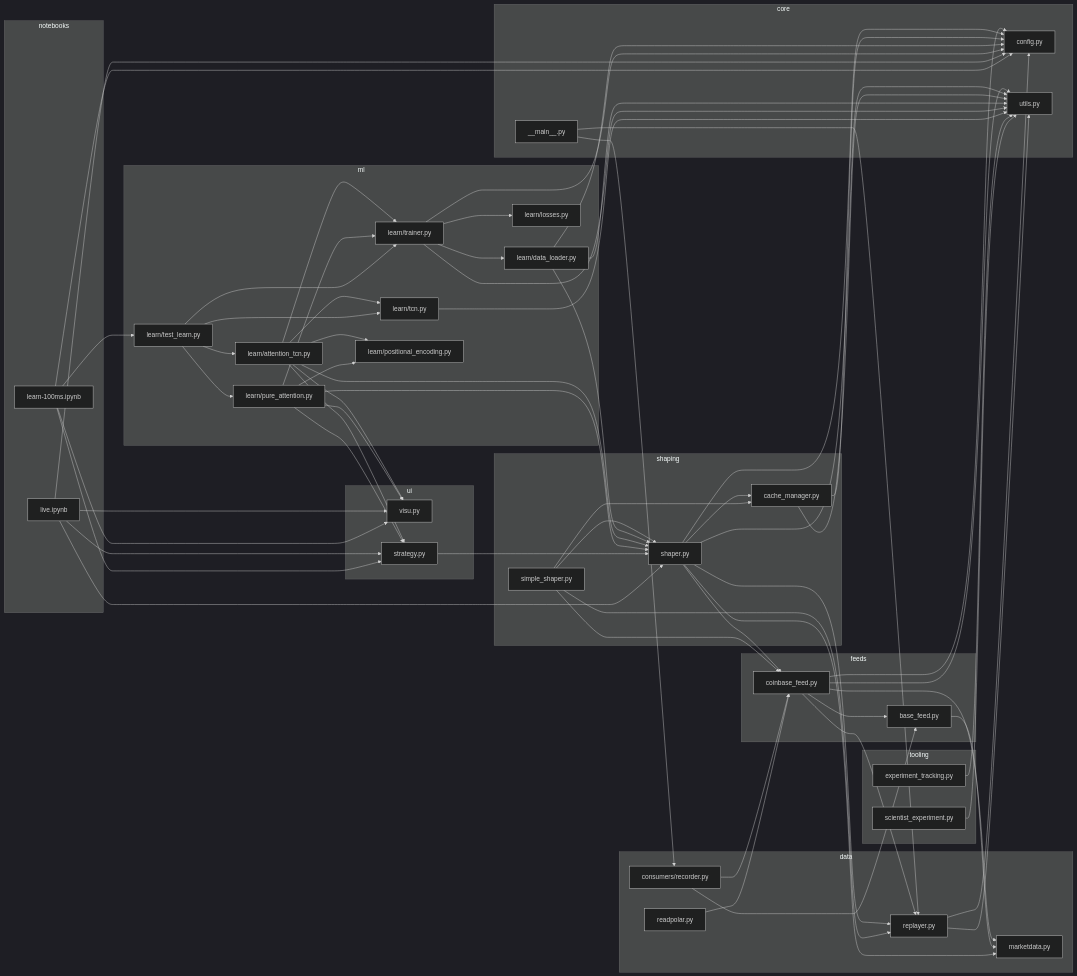
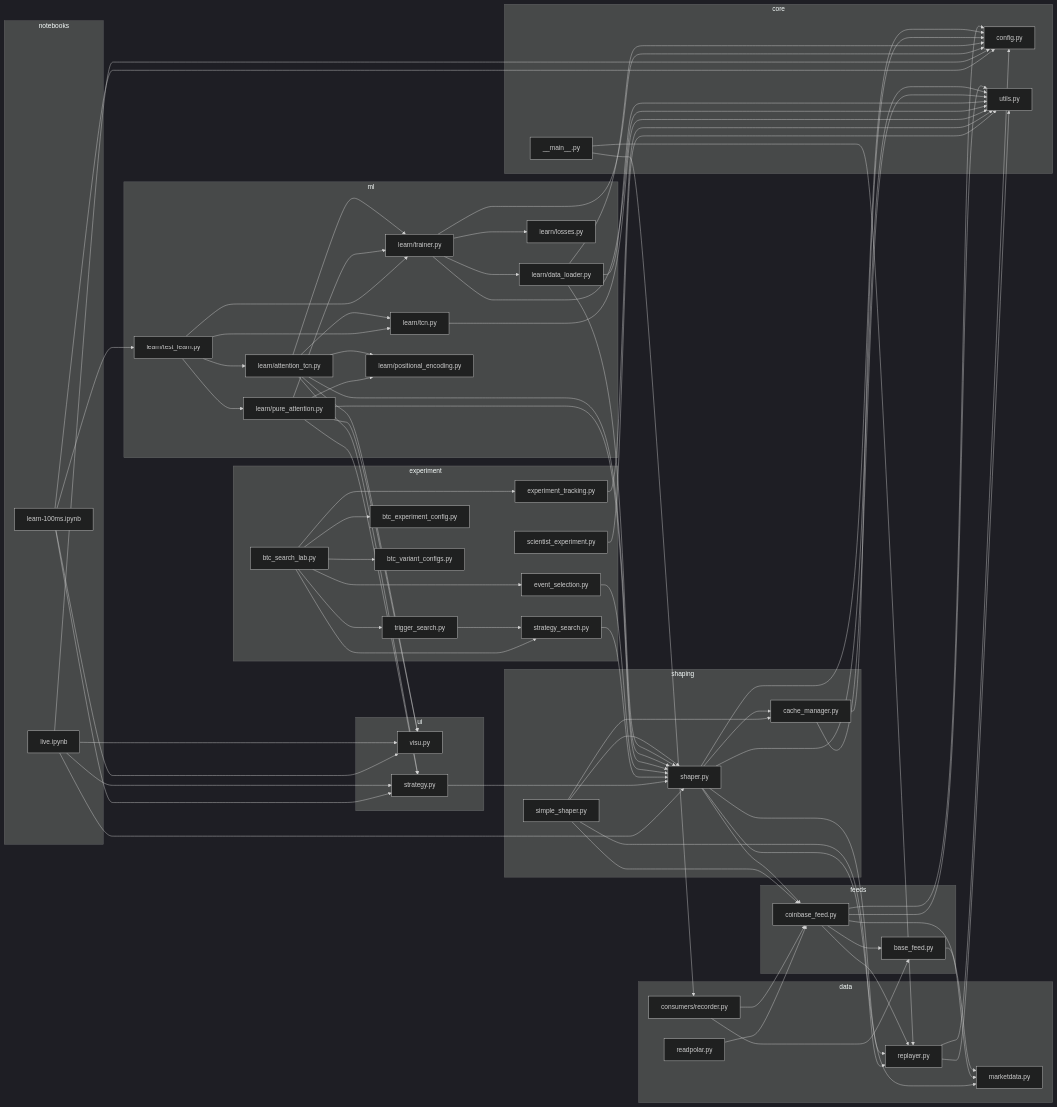
One commit to gQuantCoder/deep_orderbook changed the diagram in architecture.md. Above: the diagram before and after it, drawn with Mermaid (dark theme). The commit also changed other lines of this file and 4 other files, not shown here.

```diff
--- a/architecture.md
+++ b/architecture.md
@@ -54,6 +54,17 @@
         cli[__main__.py]
     end
 
+    subgraph experiment
+        exptrack[experiment_tracking.py]
+        scientist[scientist_experiment.py]
+        evtsel[event_selection.py]
+        stratSearch[strategy_search.py]
+        trigSearch[trigger_search.py]
+        btclab[btc_search_lab.py]
+        btccfg[btc_experiment_config.py]
+        btcvar[btc_variant_configs.py]
+    end
+
     cli --> recorder
     cli --> replayer
 
@@ -64,13 +75,11 @@
     coinbase --> utils
 
     base --> md
-
     replayer --> config
     replayer --> utils
 
     recorder --> base
     recorder --> coinbase
-
     readpolar --> coinbase
 
     shaper --> coinbase
@@ -111,13 +120,18 @@
     pure --> visu
     pure --> strategy
 
-    subgraph tooling
-        exptrack[experiment_tracking.py]
-        scientist[scientist_experiment.py]
-    end
-
     exptrack --> utils
     scientist --> utils
+
+    evtsel --> shaper
+    stratSearch --> shaper
+    trigSearch --> stratSearch
+    btclab --> btccfg
+    btclab --> btcvar
+    btclab --> evtsel
+    btclab --> stratSearch
+    btclab --> trigSearch
+    btclab --> exptrack
 
     testlearn --> attn
     testlearn --> pure
```
